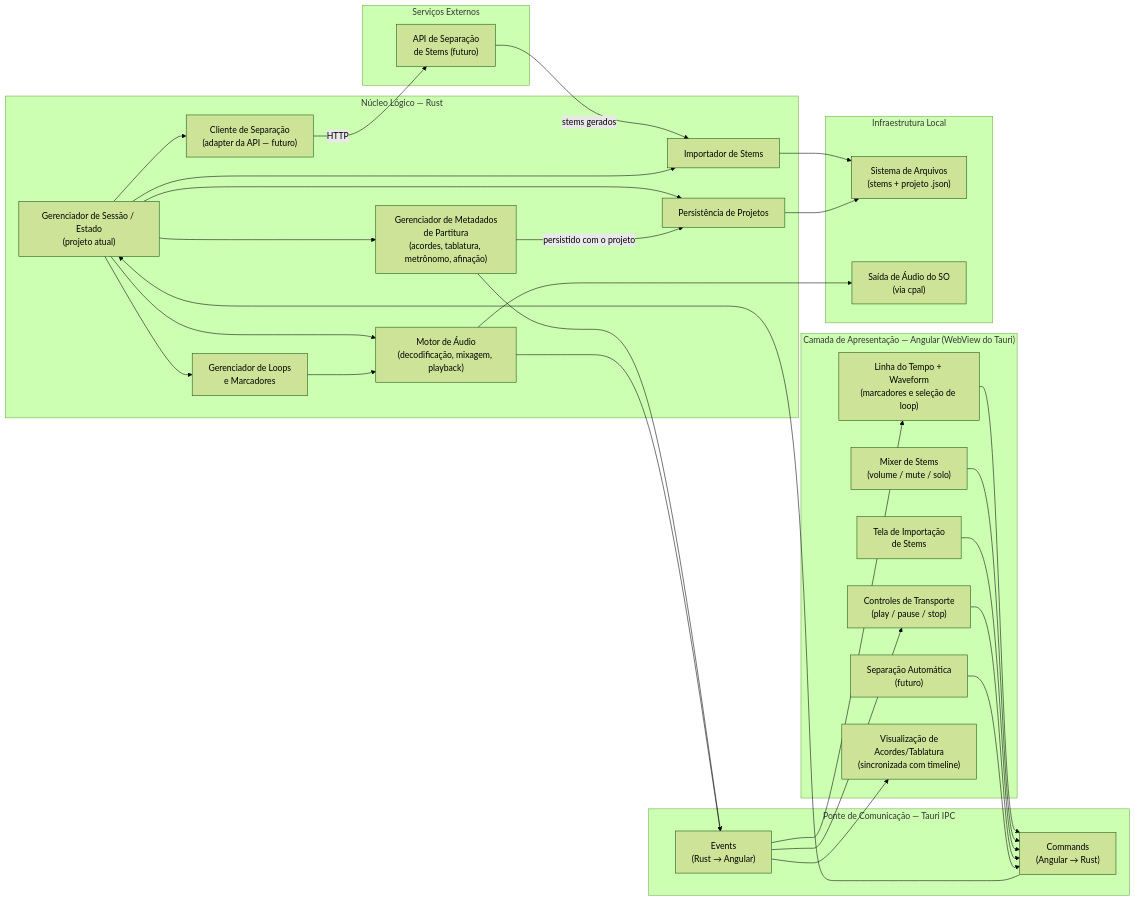
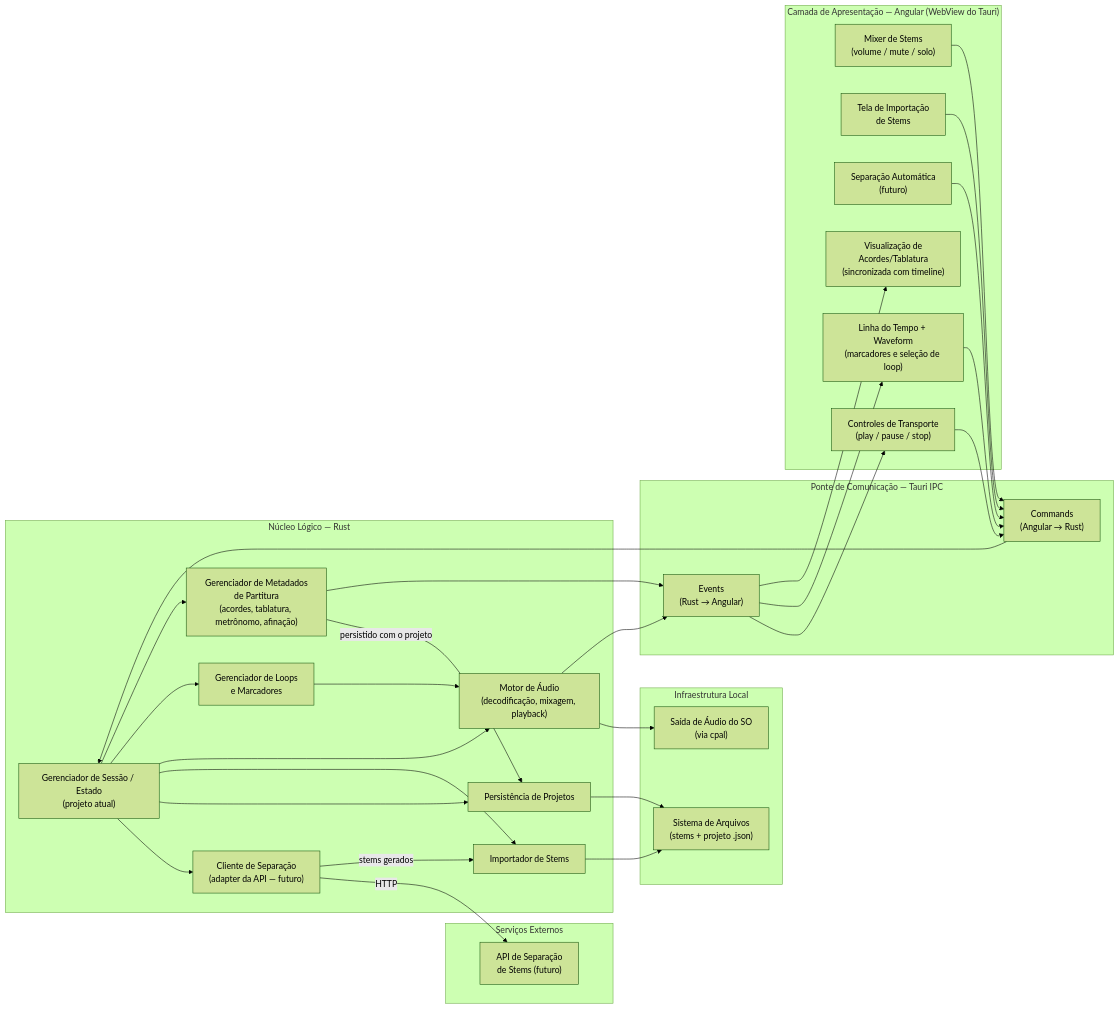
One commit to leofdss/stem-loft changed the first of 5 diagrams in docs/doc.md. Above: the diagram before and after it, drawn with Mermaid (forest theme). The commit also changed other lines of this file and 1 other file, not shown here.

````diff
--- a/docs/doc.md
+++ b/docs/doc.md
@@ -21,65 +21,65 @@
 ```mermaid
 flowchart LR
     subgraph EXT["Serviços Externos"]
         API["API de Separação\nde Stems (futuro)"]
     end
 
     subgraph CORE["Núcleo Lógico — Rust"]
         SESSION["Gerenciador de Sessão / Estado\n(projeto atual)"]
         SEPCLIENT["Cliente de Separação\n(adapter da API — futuro)"]
         IMPORT["Importador de Stems"]
         LOOPMGR["Gerenciador de Loops\ne Marcadores"]
         AUDIO["Motor de Áudio\n(decodificação, mixagem, playback)"]
         PERSIST["Persistência de Projetos"]
         METADATA["Gerenciador de Metadados\nde Partitura\n(acordes, tablatura, metrônomo, afinação)"]
     end
 
     subgraph IPC["Ponte de Comunicação — Tauri IPC"]
         CMD["Commands\n(Angular → Rust)"]
         EVT["Events\n(Rust → Angular)"]
     end
 
     subgraph UI["Camada de Apresentação — Angular (WebView do Tauri)"]
         MIXER["Mixer de Stems\n(volume / mute / solo)"]
         IMPORTSCREEN["Tela de Importação\nde Stems"]
         AUTOSEP["Separação Automática\n(futuro)"]
         TRANSPORT["Controles de Transporte\n(play / pause / stop)"]
         TIMELINE["Linha do Tempo + Waveform\n(marcadores e seleção de loop)"]
         CHORDVIEW["Visualização de\nAcordes/Tablatura\n(sincronizada com timeline)"]
     end
 
     subgraph INFRA["Infraestrutura Local"]
         FS["Sistema de Arquivos\n(stems + projeto .json)"]
         OSAUDIO["Saída de Áudio do SO\n(via cpal)"]
     end
 
     SESSION --> SEPCLIENT
     SEPCLIENT -- HTTP --> API
-    API -- "stems gerados" --> IMPORT
+    SEPCLIENT -- "stems gerados" --> IMPORT
 
     SESSION --> PERSIST
     SESSION --> IMPORT
     SESSION --> AUDIO
     SESSION --> LOOPMGR
     LOOPMGR --> AUDIO
 
     SESSION --> METADATA
     METADATA -- "persistido com o projeto" --> PERSIST
     METADATA --> EVT
 
     IMPORT --> FS
     PERSIST --> FS
     AUDIO --> OSAUDIO
 
     CMD --> SESSION
     AUDIO --> EVT
     EVT --> TRANSPORT
     EVT --> TIMELINE
     EVT --> CHORDVIEW
     TIMELINE --> CMD
 
     MIXER --> CMD
     IMPORTSCREEN --> CMD
     TRANSPORT --> CMD
     AUTOSEP --> CMD
 ```
````
